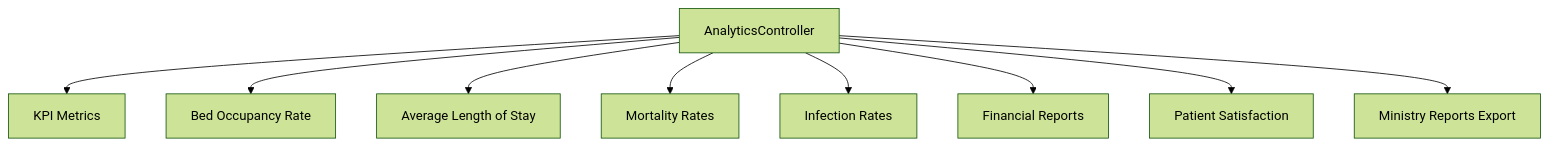
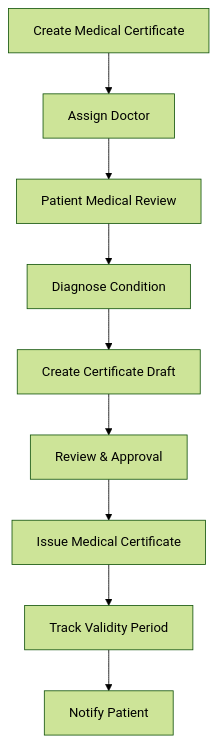
Diagram 13 of 31 in .qoder/repowiki/en/content/Industry-Specific Modules/Healthcare Management Module/Healthcare Management Module.md (wahyudedik/qalcuityERP), drawn with Mermaid (forest theme) before and after one commit. The commit also changed other lines of this file and 626 other files, not shown here.

````diff
--- a/.qoder/repowiki/en/content/Industry-Specific Modules/Healthcare Management Module/Healthcare Management Module.md
+++ b/.qoder/repowiki/en/content/Industry-Specific Modules/Healthcare Management Module/Healthcare Management Module.md
@@ -421,20 +556,11 @@
 ```mermaid
-graph TB
-Analytics["AnalyticsController"]
-KPI["KPI Metrics"]
-BOR["Bed Occupancy Rate"]
-ALOS["Average Length of Stay"]
-Mortality["Mortality Rates"]
-Infection["Infection Rates"]
-Financial["Financial Reports"]
-Satisfaction["Patient Satisfaction"]
-Export["Ministry Reports Export"]
-Analytics --> KPI
-Analytics --> BOR
-Analytics --> ALOS
-Analytics --> Mortality
-Analytics --> Infection
-Analytics --> Financial
-Analytics --> Satisfaction
-Analytics --> Export
+flowchart TD
+CreateMC["Create Medical Certificate"] --> AssignDoctor["Assign Doctor"]
+AssignDoctor --> PatientReview["Patient Medical Review"]
+PatientReview --> DiagnoseCondition["Diagnose Condition"]
+DiagnoseCondition --> CertificateDraft["Create Certificate Draft"]
+CertificateDraft --> ReviewApproval["Review & Approval"]
+ReviewApproval --> IssueMC["Issue Medical Certificate"]
+IssueMC --> TrackValidity["Track Validity Period"]
+TrackValidity --> PatientNotification["Notify Patient"]
 ```
````
